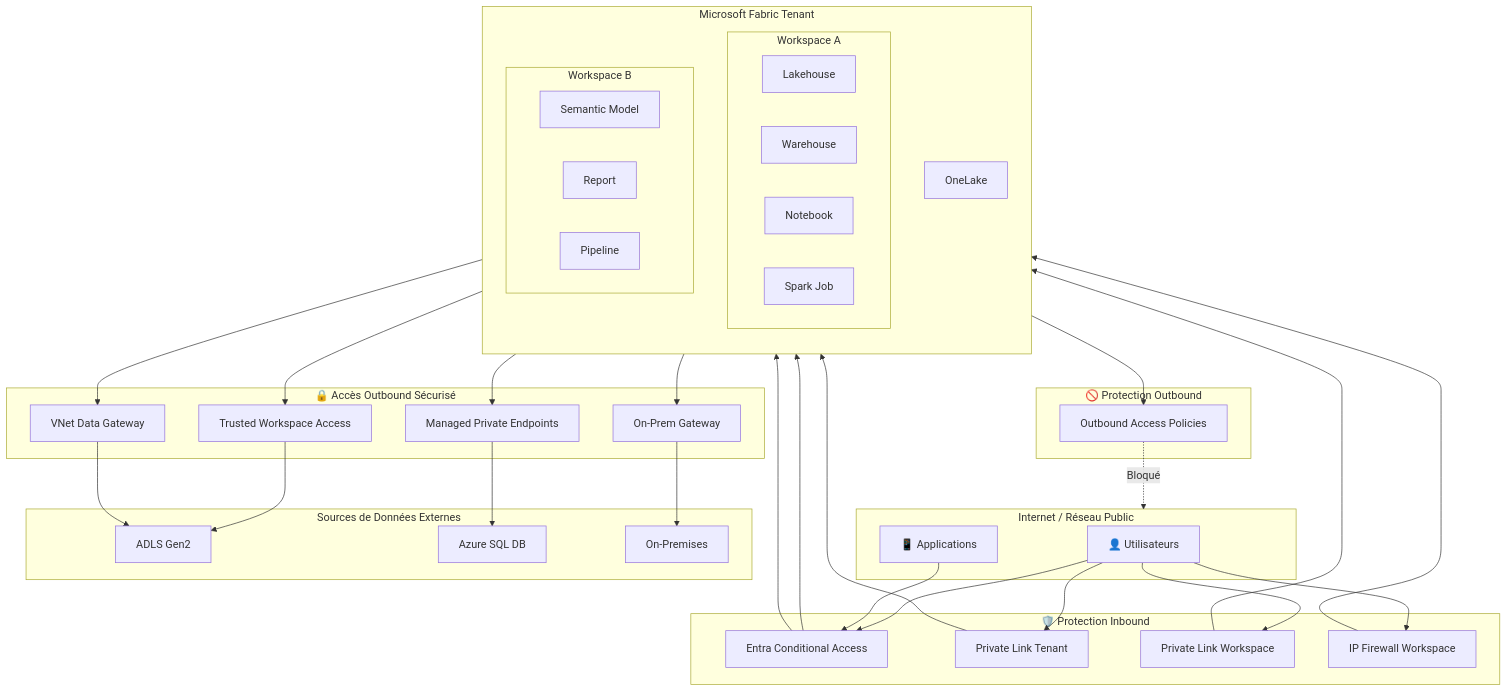
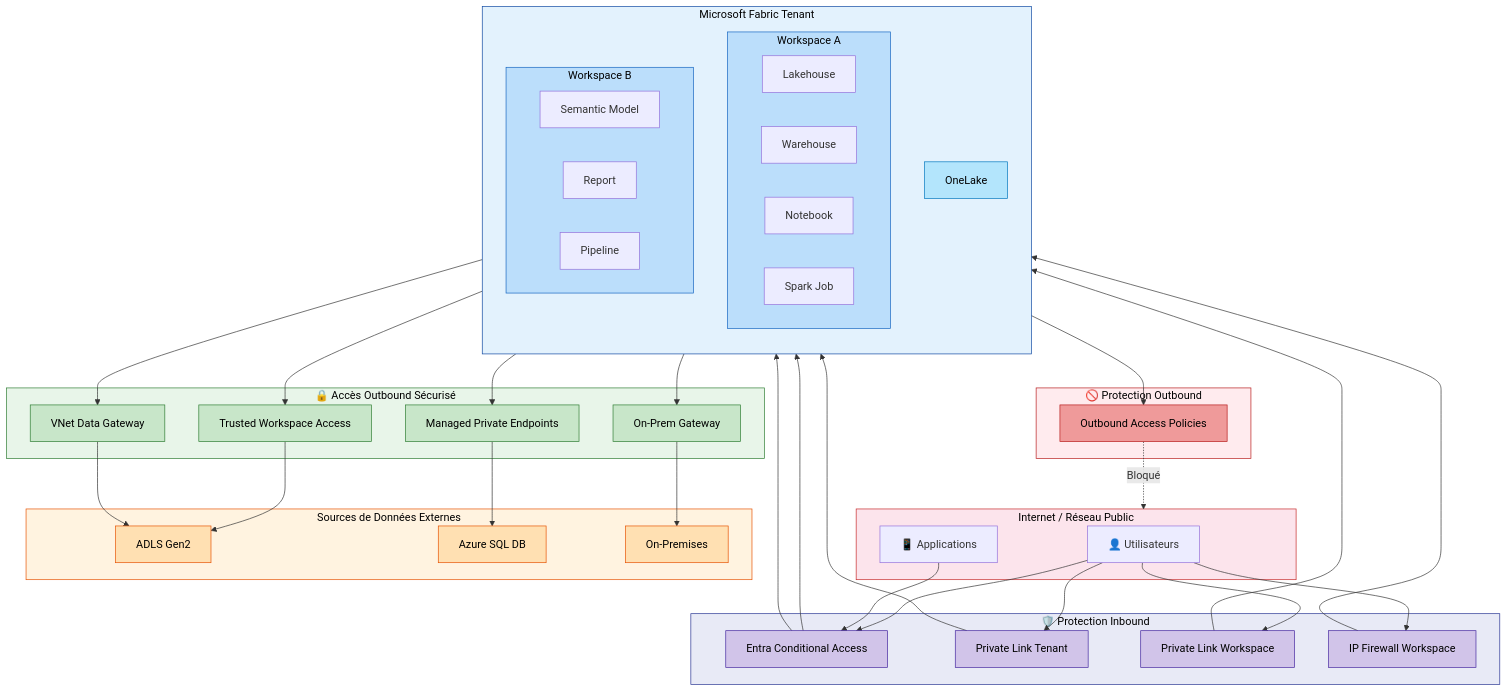
The first of 12 diagrams in Fabric_Network_Security.md (fredgis/fabric-foundry-kb), drawn with Mermaid before and after one commit. The commit also changed other lines of this file and 1 other file, not shown here.

First line of the commit message:
Add colors to all 12 Mermaid diagrams in Fabric Network Security

````diff
--- a/Fabric_Network_Security.md
+++ b/Fabric_Network_Security.md
@@ -17,60 +17,82 @@
 ```mermaid
 flowchart TB
     subgraph Internet["Internet / Réseau Public"]
         Users["👤 Utilisateurs"]
         ExtApps["📱 Applications"]
     end
 
     subgraph Inbound["🛡️ Protection Inbound"]
         CA["Entra Conditional Access"]
         TLPL["Private Link Tenant"]
         WSPL["Private Link Workspace"]
         IPFW["IP Firewall Workspace"]
     end
 
     subgraph Fabric["Microsoft Fabric Tenant"]
         direction TB
         subgraph WS1["Workspace A"]
             LH["Lakehouse"]
             WH["Warehouse"]
             NB["Notebook"]
             SJD["Spark Job"]
         end
         subgraph WS2["Workspace B"]
             SM["Semantic Model"]
             RPT["Report"]
             PL["Pipeline"]
         end
         OL["OneLake"]
     end
 
     subgraph Outbound["🔒 Accès Outbound Sécurisé"]
         TWA["Trusted Workspace Access"]
         MPE["Managed Private Endpoints"]
         VGW["VNet Data Gateway"]
         OGW["On-Prem Gateway"]
     end
 
     subgraph ExtData["Sources de Données Externes"]
         ADLS["ADLS Gen2"]
         ASQL["Azure SQL DB"]
         OnPrem["On-Premises"]
     end
 
     subgraph OutProt["🚫 Protection Outbound"]
         OAP["Outbound Access Policies"]
     end
 
     Users --> CA --> Fabric
     Users --> TLPL --> Fabric
     Users --> WSPL --> Fabric
     Users --> IPFW --> Fabric
     ExtApps --> CA --> Fabric
 
     Fabric --> TWA --> ADLS
     Fabric --> MPE --> ASQL
     Fabric --> VGW --> ADLS
     Fabric --> OGW --> OnPrem
     Fabric --> OAP
     OAP -.->|Bloqué| Internet
+
+    style Internet fill:#fce4ec,stroke:#c62828,color:#000
+    style Inbound fill:#e8eaf6,stroke:#283593,color:#000
+    style Fabric fill:#e3f2fd,stroke:#0d47a1,color:#000
+    style WS1 fill:#bbdefb,stroke:#1565c0,color:#000
+    style WS2 fill:#bbdefb,stroke:#1565c0,color:#000
+    style Outbound fill:#e8f5e9,stroke:#2e7d32,color:#000
+    style ExtData fill:#fff3e0,stroke:#e65100,color:#000
+    style OutProt fill:#ffebee,stroke:#b71c1c,color:#000
+    style OL fill:#b3e5fc,stroke:#0277bd,color:#000
+    style CA fill:#d1c4e9,stroke:#4527a0,color:#000
+    style TLPL fill:#d1c4e9,stroke:#4527a0,color:#000
+    style WSPL fill:#d1c4e9,stroke:#4527a0,color:#000
+    style IPFW fill:#d1c4e9,stroke:#4527a0,color:#000
+    style TWA fill:#c8e6c9,stroke:#2e7d32,color:#000
+    style MPE fill:#c8e6c9,stroke:#2e7d32,color:#000
+    style VGW fill:#c8e6c9,stroke:#2e7d32,color:#000
+    style OGW fill:#c8e6c9,stroke:#2e7d32,color:#000
+    style OAP fill:#ef9a9a,stroke:#b71c1c,color:#000
+    style ADLS fill:#ffe0b2,stroke:#e65100,color:#000
+    style ASQL fill:#ffe0b2,stroke:#e65100,color:#000
+    style OnPrem fill:#ffe0b2,stroke:#e65100,color:#000
 ```
````
